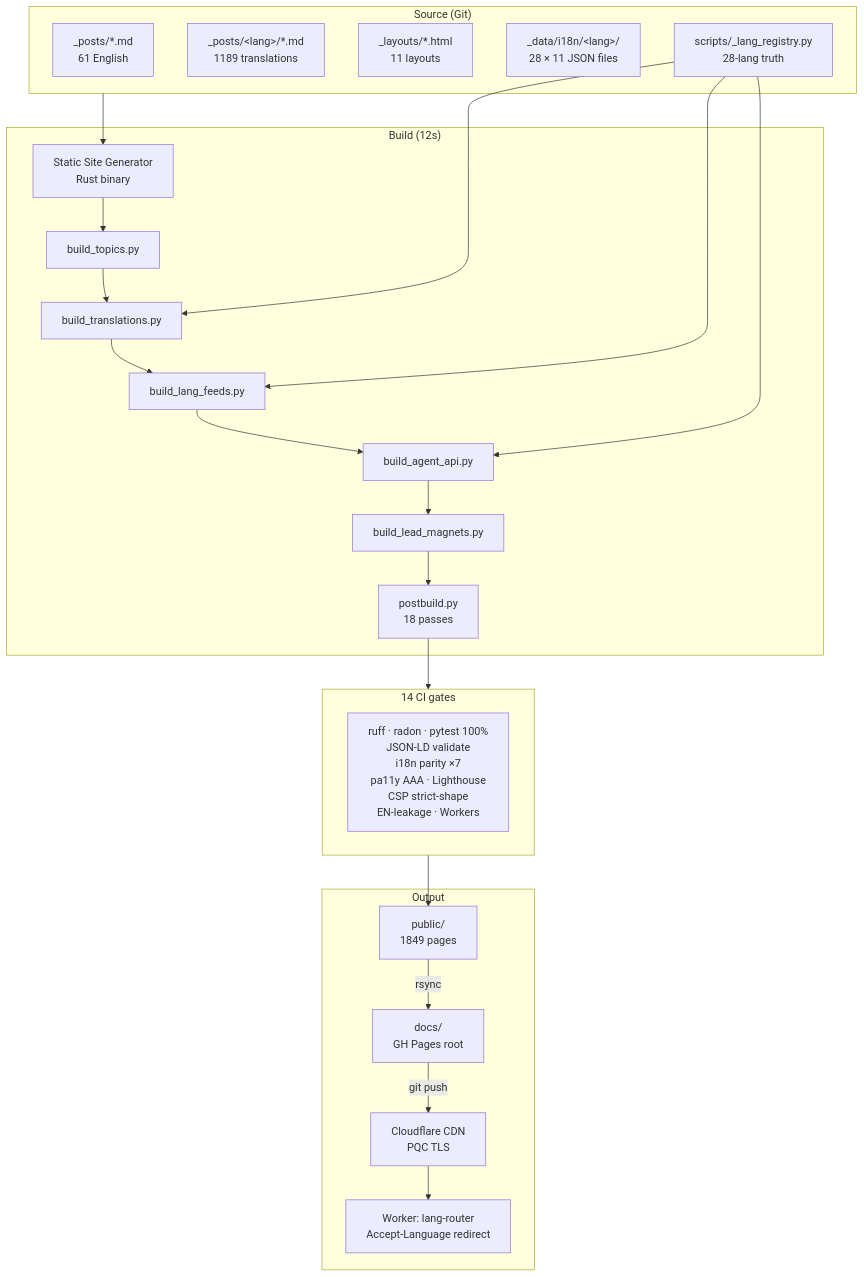
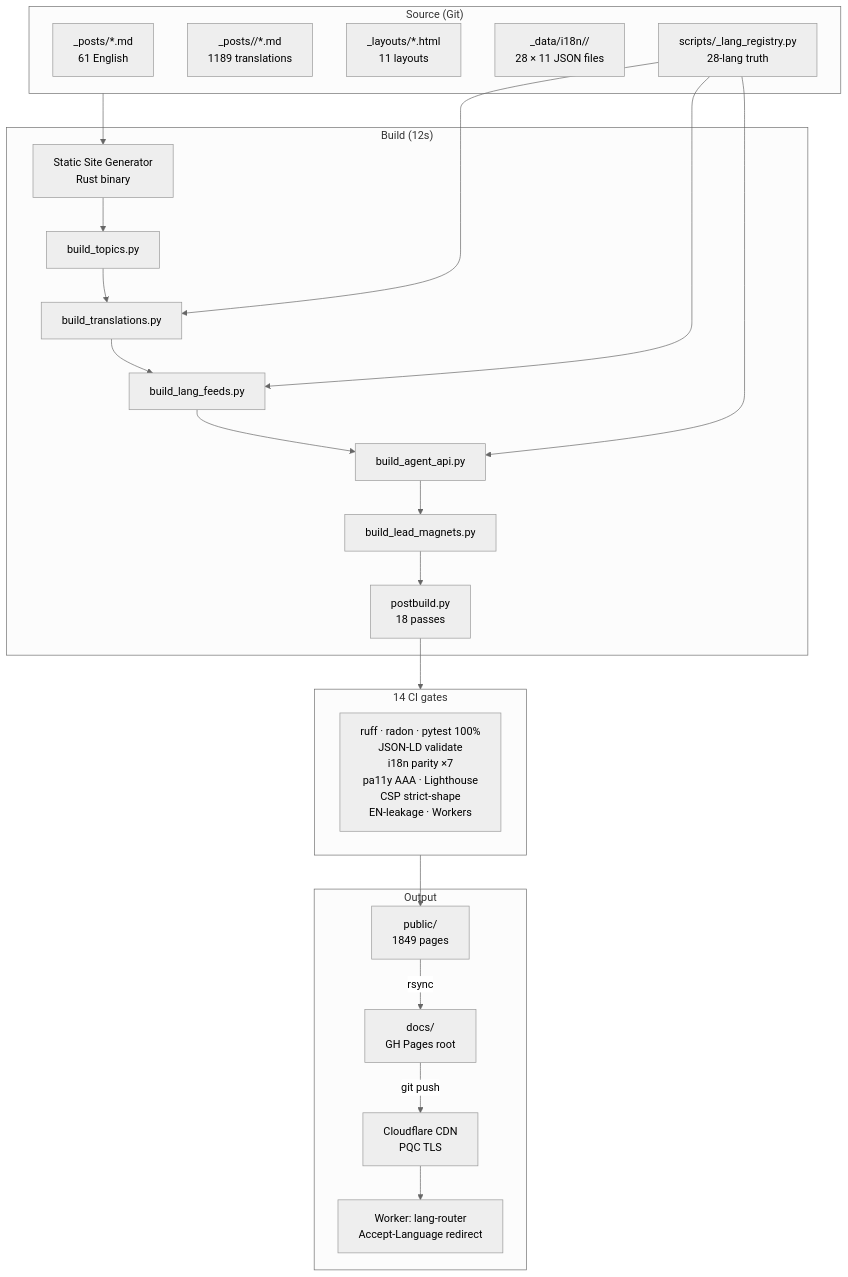
Before and after one commit to sebastienrousseau/sebastienrousseau.github.io: the first of 4 diagrams in doc/ARCHITECTURE.md, drawn with Mermaid. The commit also changed other lines of this file and 6 other files, not shown here.

First line of the commit message:
docs: clean Mermaid diagrams — neutral theme, no emoji, restructured long flows

````diff
--- a/doc/ARCHITECTURE.md
+++ b/doc/ARCHITECTURE.md
@@ -21,42 +21,43 @@
 ```mermaid
+%%{init: {'theme':'neutral'} }%%
 flowchart TB
-    subgraph Source["Source (Git)"]
-        EN[_posts/*.md<br/>61 English]
-        T[_posts/&lt;lang&gt;/*.md<br/>1189 translations]
-        L[_layouts/*.html<br/>11 layouts]
-        D[_data/i18n/&lt;lang&gt;/<br/>28 × 11 JSON files]
-        REG[scripts/_lang_registry.py<br/>28-lang truth]
-    end
+ subgraph Source["Source (Git)"]
+ EN[_posts/*.md<br/>61 English]
+ T[_posts/<lang>/*.md<br/>1189 translations]
+ L[_layouts/*.html<br/>11 layouts]
+ D[_data/i18n/<lang>/<br/>28 × 11 JSON files]
+ REG[scripts/_lang_registry.py<br/>28-lang truth]
+ end
 
-    subgraph Build["Build (12s)"]
-        SSG[Static Site Generator<br/>Rust binary]
-        BT[build_topics.py]
-        BR[build_translations.py]
-        BF[build_lang_feeds.py]
-        BA[build_agent_api.py]
-        BL[build_lead_magnets.py]
-        PB[postbuild.py<br/>18 passes]
-    end
+ subgraph Build["Build (12s)"]
+ SSG[Static Site Generator<br/>Rust binary]
+ BT[build_topics.py]
+ BR[build_translations.py]
+ BF[build_lang_feeds.py]
+ BA[build_agent_api.py]
+ BL[build_lead_magnets.py]
+ PB[postbuild.py<br/>18 passes]
+ end
 
-    subgraph Gates["14 CI gates"]
-        G[ruff · radon · pytest 100%<br/>JSON-LD validate<br/>i18n parity ×7<br/>pa11y AAA · Lighthouse<br/>CSP strict-shape<br/>EN-leakage · Workers]
-    end
+ subgraph Gates["14 CI gates"]
+ G[ruff · radon · pytest 100%<br/>JSON-LD validate<br/>i18n parity ×7<br/>pa11y AAA · Lighthouse<br/>CSP strict-shape<br/>EN-leakage · Workers]
+ end
 
-    subgraph Output["Output"]
-        P[public/<br/>1849 pages]
-        DC[docs/<br/>GH Pages root]
-        CF[Cloudflare CDN<br/>PQC TLS]
-        WORK[Worker: lang-router<br/>Accept-Language redirect]
-    end
+ subgraph Output["Output"]
+ P[public/<br/>1849 pages]
+ DC[docs/<br/>GH Pages root]
+ CF[Cloudflare CDN<br/>PQC TLS]
+ WORK[Worker: lang-router<br/>Accept-Language redirect]
+ end
 
-    Source --> SSG
-    SSG --> BT --> BR --> BF --> BA --> BL --> PB
-    REG --> BR
-    REG --> BF
-    REG --> BA
-    PB --> Gates
-    Gates --> P
-    P -->|rsync| DC
-    DC -->|git push| CF
-    CF --> WORK
+ Source --> SSG
+ SSG --> BT --> BR --> BF --> BA --> BL --> PB
+ REG --> BR
+ REG --> BF
+ REG --> BA
+ PB --> Gates
+ Gates --> P
+ P -->|rsync| DC
+ DC -->|git push| CF
+ CF --> WORK
 ```
````
